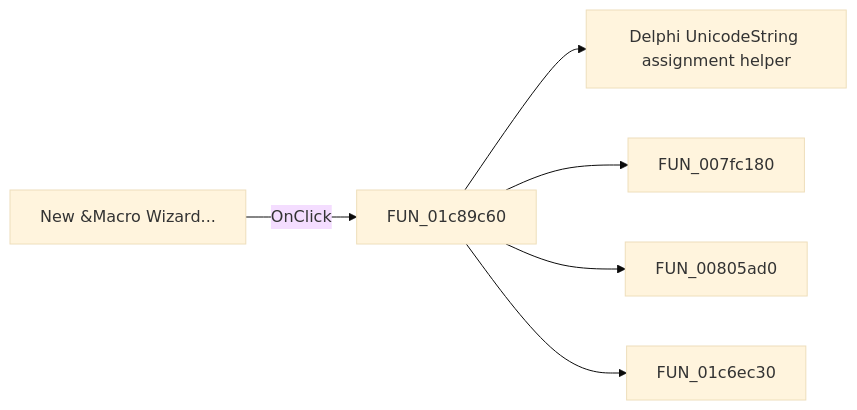
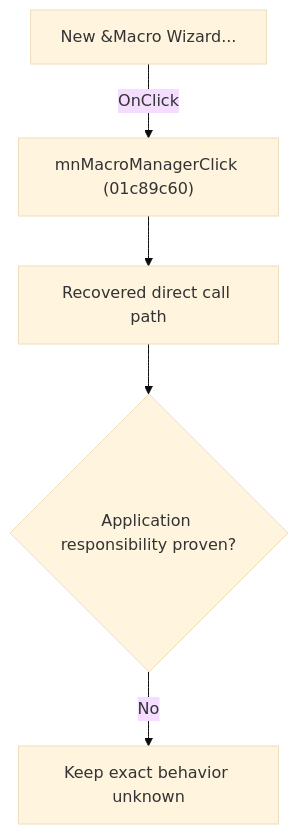
The diagram in docs/ui-controls/schematiceditor/mnmacromanager-7ddc7fe375.md (MovGP0/TIARA), drawn with Mermaid (base theme) before and after one commit. The commit also changed other lines of this file and 1062 other files, not shown here.

````diff
--- a/docs/ui-controls/schematiceditor/mnmacromanager-7ddc7fe375.md
+++ b/docs/ui-controls/schematiceditor/mnmacromanager-7ddc7fe375.md
@@ -27,8 +27,7 @@
 ```mermaid
-flowchart LR
-    control["New &Macro Wizard..."] -->|OnClick| handler["FUN_01c89c60"]
-    handler --> call1["Delphi UnicodeString assignment helper"]
-    handler --> call2["FUN_007fc180"]
-    handler --> call3["FUN_00805ad0"]
-    handler --> call4["FUN_01c6ec30"]
+flowchart TD
+    control["New &Macro Wizard..."] -->|"OnClick"| handler["mnMacroManagerClick (01c89c60)"]
+    handler --> recovered["Recovered direct call path"]
+    recovered --> gap{"Application responsibility proven?"}
+    gap -->|"No"| blocked["Keep exact behavior unknown"]
 ```
````
